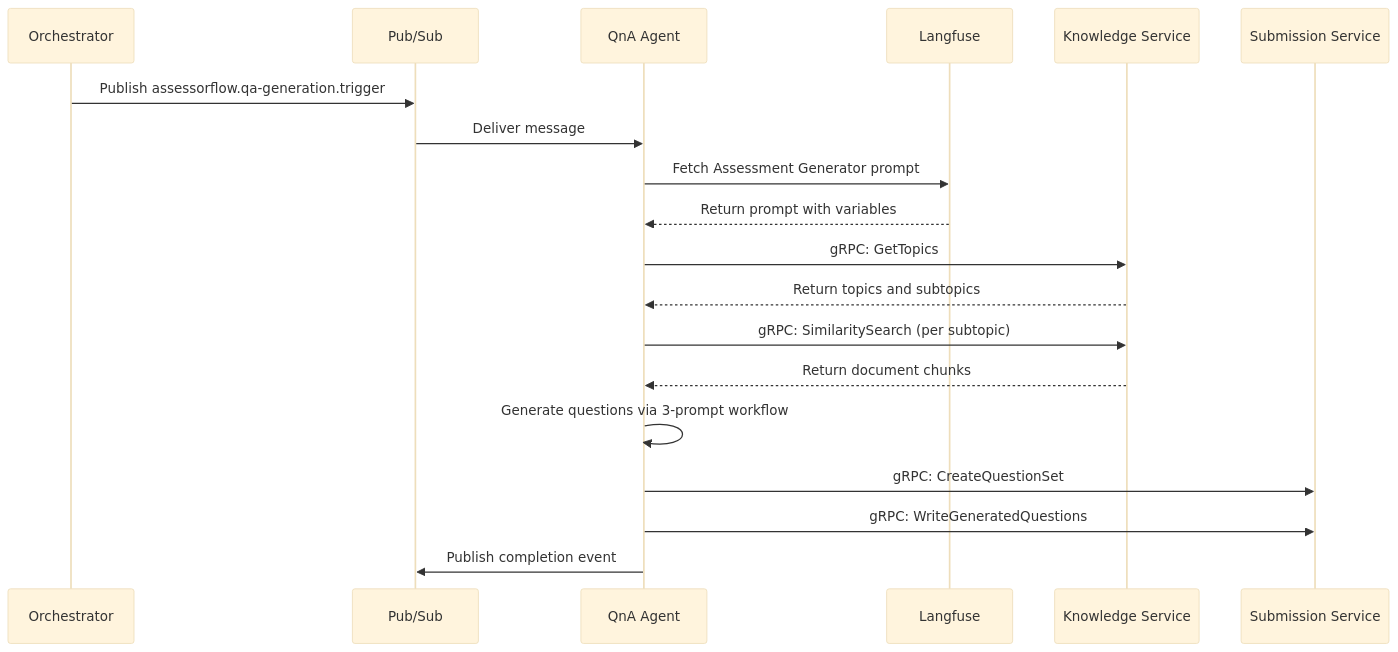
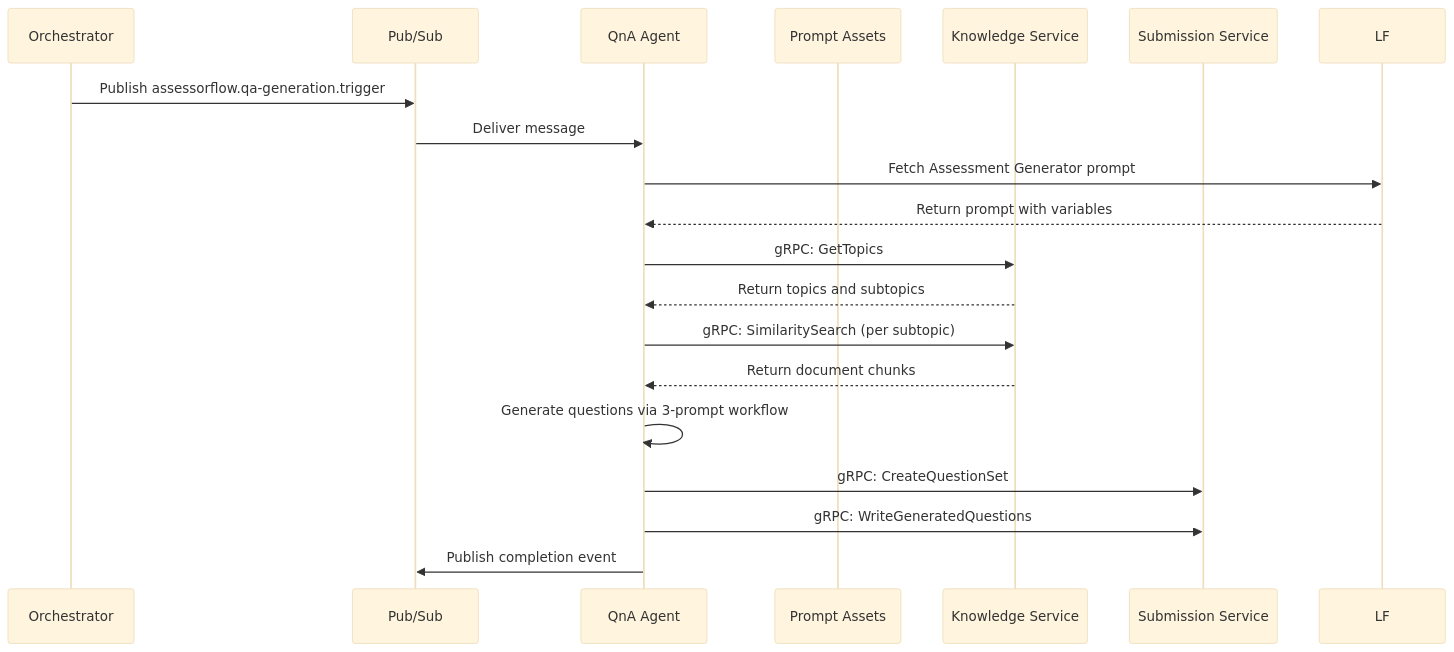
Before and after one commit to assessorflow/neo-qna-generation-agent: the second of 3 diagrams in README.md, drawn with Mermaid (base theme). The commit also changed other lines of this file and 27 other files, not shown here.

First line of the commit message:
feat(prompts): migrate from langfuse to local prompt provider for 3-prompt workflow

````diff
--- a/README.md
+++ b/README.md
@@ -53,22 +53,22 @@
 ```mermaid
 sequenceDiagram
     participant O as Orchestrator
     participant PS as Pub/Sub
     participant QNA as QnA Agent
-    participant LF as Langfuse
+    participant PF as Prompt Assets
     participant KS as Knowledge Service
     participant SS as Submission Service
 
     O->>PS: Publish assessorflow.qa-generation.trigger
     PS->>QNA: Deliver message
     QNA->>LF: Fetch Assessment Generator prompt
     LF-->>QNA: Return prompt with variables
     QNA->>KS: gRPC: GetTopics
     KS-->>QNA: Return topics and subtopics
     QNA->>KS: gRPC: SimilaritySearch (per subtopic)
     KS-->>QNA: Return document chunks
     QNA->>QNA: Generate questions via 3-prompt workflow
     QNA->>SS: gRPC: CreateQuestionSet
     QNA->>SS: gRPC: WriteGeneratedQuestions
     QNA->>PS: Publish completion event
 ```
````
